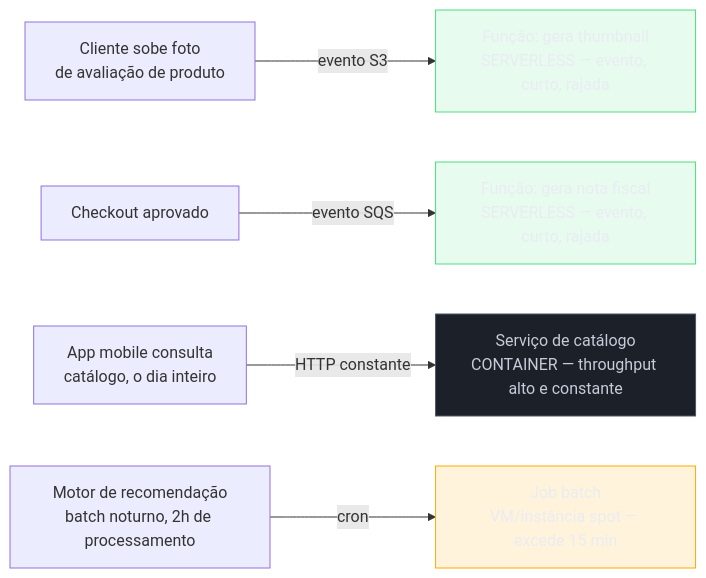
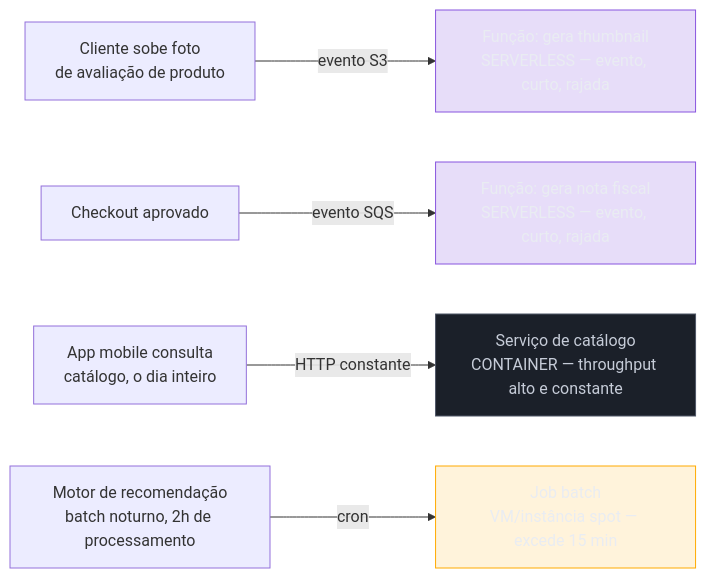
One commit to josenaldo/codex-technomanticus changed the second of 4 diagrams in 03-Dominios/Tecnologia/Cloud/11 - Serverless e FaaS — Lambda a fundo/06 - Quando serverless faz (e não faz) sentido.md. Above: the diagram before and after it, drawn with Mermaid. The commit also changed other lines of this file and 601 other files, not shown here.

````diff
--- a/03-Dominios/Tecnologia/Cloud/11 - Serverless e FaaS — Lambda a fundo/06 - Quando serverless faz (e não faz) sentido.md
+++ b/03-Dominios/Tecnologia/Cloud/11 - Serverless e FaaS — Lambda a fundo/06 - Quando serverless faz (e não faz) sentido.md
@@ -161,15 +161,15 @@
 ```mermaid
 flowchart LR
-    classDef ok fill:#4ADE8021,stroke:#4ADE80,color:#E9ECF2
+    classDef marca fill:#8855DF33,stroke:#8855DF,color:#E9ECF2
     classDef neutro fill:#1B2029,stroke:#4E5666,color:#C6CCD8
     classDef destaque fill:#FFAA0024,stroke:#FFAA00,color:#E9ECF2
     Upload["Cliente sobe foto<br/>de avaliação de produto"] -->|"evento S3"| Thumb["Função: gera thumbnail<br/>SERVERLESS — evento, curto, rajada"]
     Pedido["Checkout aprovado"] -->|"evento SQS"| Fatura["Função: gera nota fiscal<br/>SERVERLESS — evento, curto, rajada"]
     API["App mobile consulta<br/>catálogo, o dia inteiro"] -->|"HTTP constante"| Catalogo["Serviço de catálogo<br/>CONTAINER — throughput alto e constante"]
     Recom["Motor de recomendação<br/>batch noturno, 2h de processamento"] -->|"cron"| Batch["Job batch<br/>VM/instância spot — excede 15 min"]
 
-    class Thumb ok
-    class Fatura ok
+    class Thumb marca
+    class Fatura marca
     class Catalogo neutro
     class Batch destaque
 ```
````
